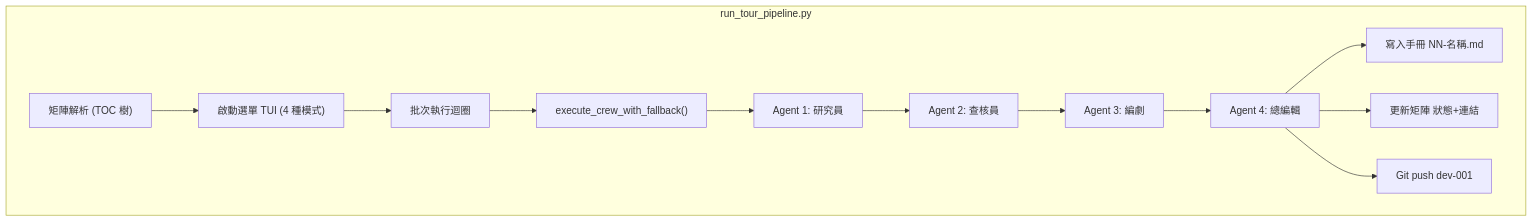
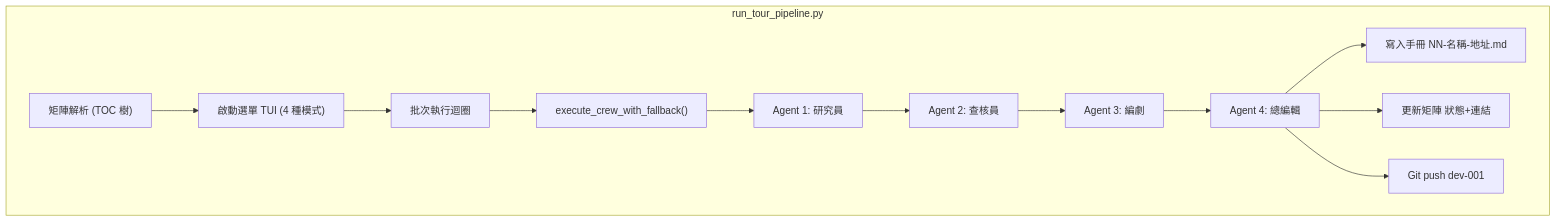
Before and after one commit to Mcc-Mak/hk-tour-guide: the first of 4 diagrams in codebase/docs/pdr.md, drawn with Mermaid. The commit also changed other lines of this file and 3831 other files, not shown here.

````diff
--- a/codebase/docs/pdr.md
+++ b/codebase/docs/pdr.md
@@ -7,15 +7,15 @@
 ```mermaid
 flowchart TB
     subgraph pipeline["run_tour_pipeline.py"]
         A["矩陣解析 (TOC 樹)"] --> B["啟動選單 TUI (4 種模式)"]
         B --> C["批次執行迴圈"]
         C --> D["execute_crew_with_fallback()"]
         D --> E1["Agent 1: 研究員"]
         E1 --> E2["Agent 2: 查核員"]
         E2 --> E3["Agent 3: 編劇"]
         E3 --> E4["Agent 4: 總編輯"]
-        E4 --> F1["寫入手冊 NN-名稱.md"]
+        E4 --> F1["寫入手冊 NN-名稱-地址.md"]
         E4 --> F2["更新矩陣 狀態+連結"]
         E4 --> F3["Git push dev-001"]
     end
 ```
````
